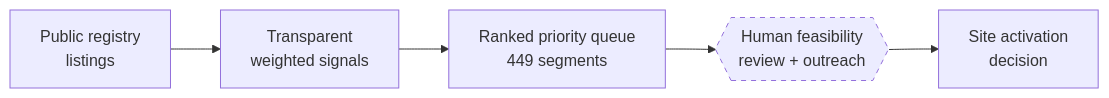
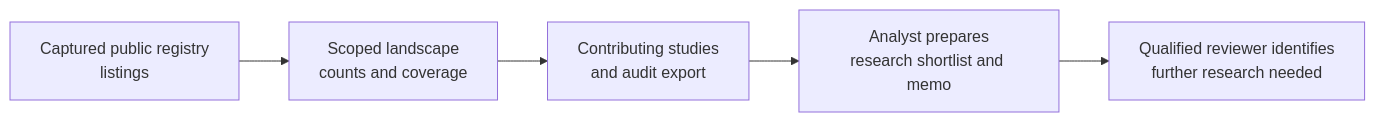
Before and after one commit to ne1cc/cti-dashboard: the third of 14 diagrams in PROJECT_DOCUMENTATION.md, drawn with Mermaid. The commit also changed other lines of this file and 3 other files, not shown here.

Commit message:
docs: frame CTI around feasibility research decision

````diff
--- a/PROJECT_DOCUMENTATION.md
+++ b/PROJECT_DOCUMENTATION.md
@@ -117,8 +122,7 @@
 ```mermaid
 flowchart LR
-    A[Public registry<br/>listings] --> B[Transparent<br/>weighted signals]
-    B --> C[Ranked priority queue<br/>449 segments]
-    C --> D{{Human feasibility<br/>review + outreach}}
-    D --> E[Site activation<br/>decision]
-    style D stroke-dasharray: 5 5
+    A[Captured public registry<br/>listings] --> B[Scoped landscape<br/>counts and coverage]
+    B --> C[Contributing studies<br/>and audit export]
+    C --> D[Analyst prepares<br/>research shortlist and memo]
+    D --> E[Qualified reviewer identifies<br/>further research needed]
 ```
````
